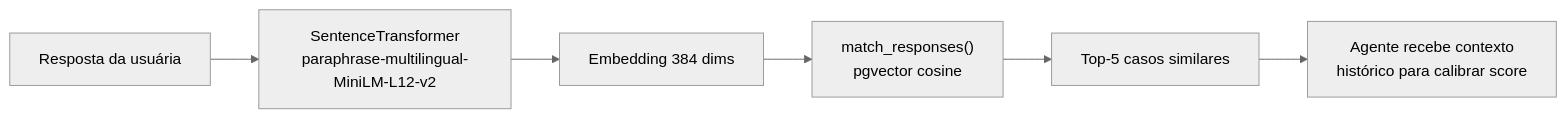
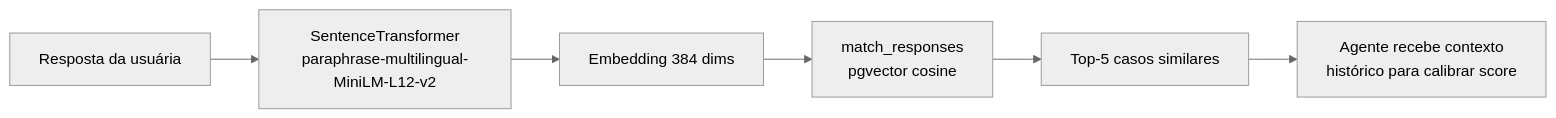
The sixth of 8 diagrams in README.md (cairocruz/hubAgentsV2), drawn with Mermaid (neutral theme) before and after one commit. The commit also changed other lines of this file, not shown here.

Commit message:
fix: remove parentheses from Mermaid labels (GitHub render error)

````diff
--- a/README.md
+++ b/README.md
@@ -580,8 +580,8 @@
 ```mermaid
 flowchart LR
     RESP["Resposta da usuária"] --> EMB["SentenceTransformer<br/>paraphrase-multilingual-MiniLM-L12-v2"]
     EMB --> VEC["Embedding 384 dims"]
-    VEC --> RPC["match_responses()<br/>pgvector cosine"]
+    VEC --> RPC["match_responses<br/>pgvector cosine"]
     RPC --> TOP["Top-5 casos similares"]
     TOP --> AGENT["Agente recebe contexto<br/>histórico para calibrar score"]
 ```
````
